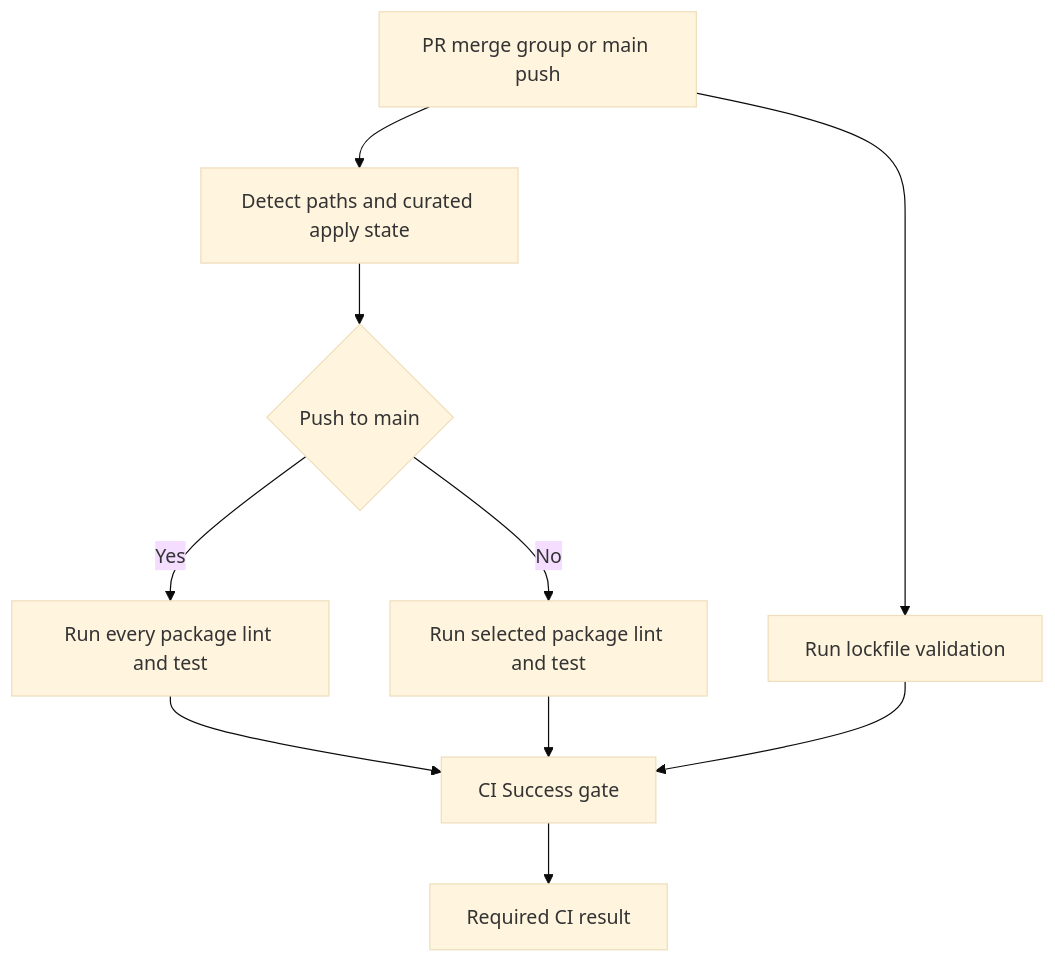
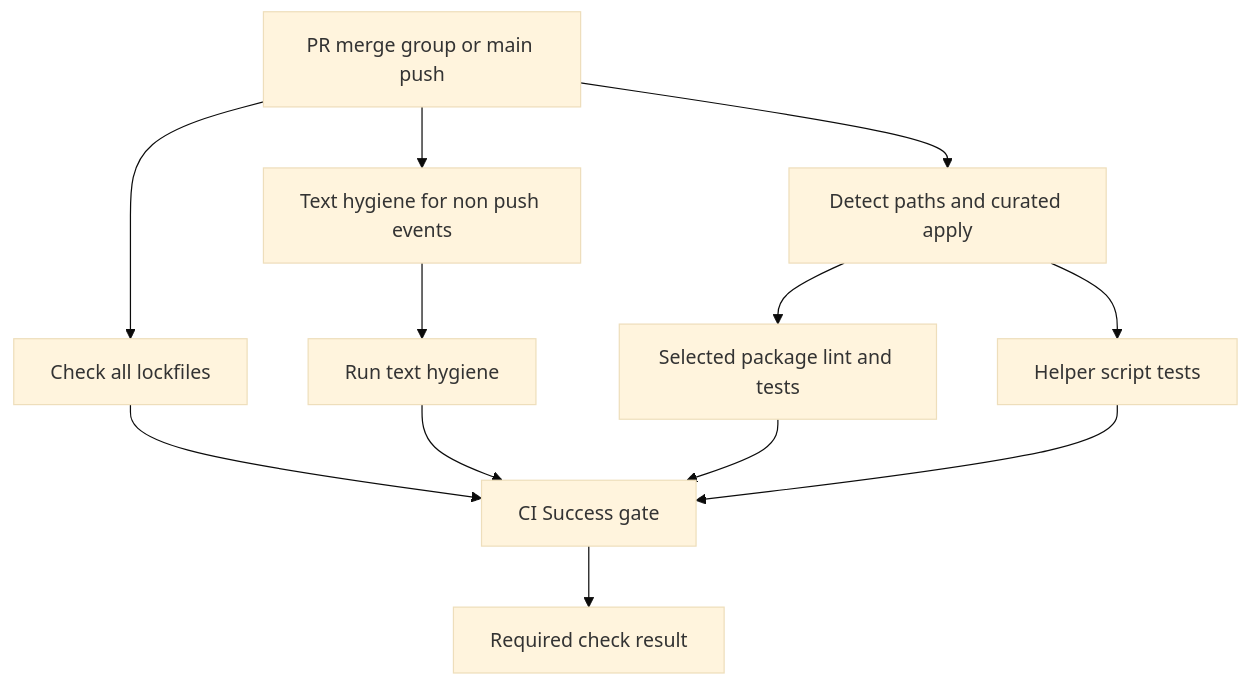
One commit to langchain-ai/deepagents changed the diagram in openwiki/operations/ci-labeling.md. Above: the diagram before and after it, drawn with Mermaid (base theme). The commit also changed other lines of this file and 63 other files, not shown here.

````diff
--- a/openwiki/operations/ci-labeling.md
+++ b/openwiki/operations/ci-labeling.md
@@ -59,12 +51,14 @@
 ```mermaid
 flowchart TD
-    Trigger["PR merge group or main push"] --> Lock["Run lockfile validation"]
-    Trigger --> Detect["Detect paths and curated apply state"]
-    Detect --> Select{"Push to main"}
-    Select -->|"Yes"| All["Run every package lint and test"]
-    Select -->|"No"| Affected["Run selected package lint and test"]
-    All --> Gate["CI Success gate"]
-    Affected --> Gate
-    Lock --> Gate
-    Gate --> Result["Required CI result"]
+    Trigger["PR merge group or main push"] --> Lock["Check all lockfiles"]
+    Trigger --> Hygiene["Text hygiene for non push events"]
+    Hygiene --> Text["Run text hygiene"]
+    Trigger --> Changes["Detect paths and curated apply"]
+    Changes --> Package["Selected package lint and tests"]
+    Changes --> Helper["Helper script tests"]
+    Lock --> Gate["CI Success gate"]
+    Text --> Gate
+    Package --> Gate
+    Helper --> Gate
+    Gate --> Status["Required check result"]
 ```
````
